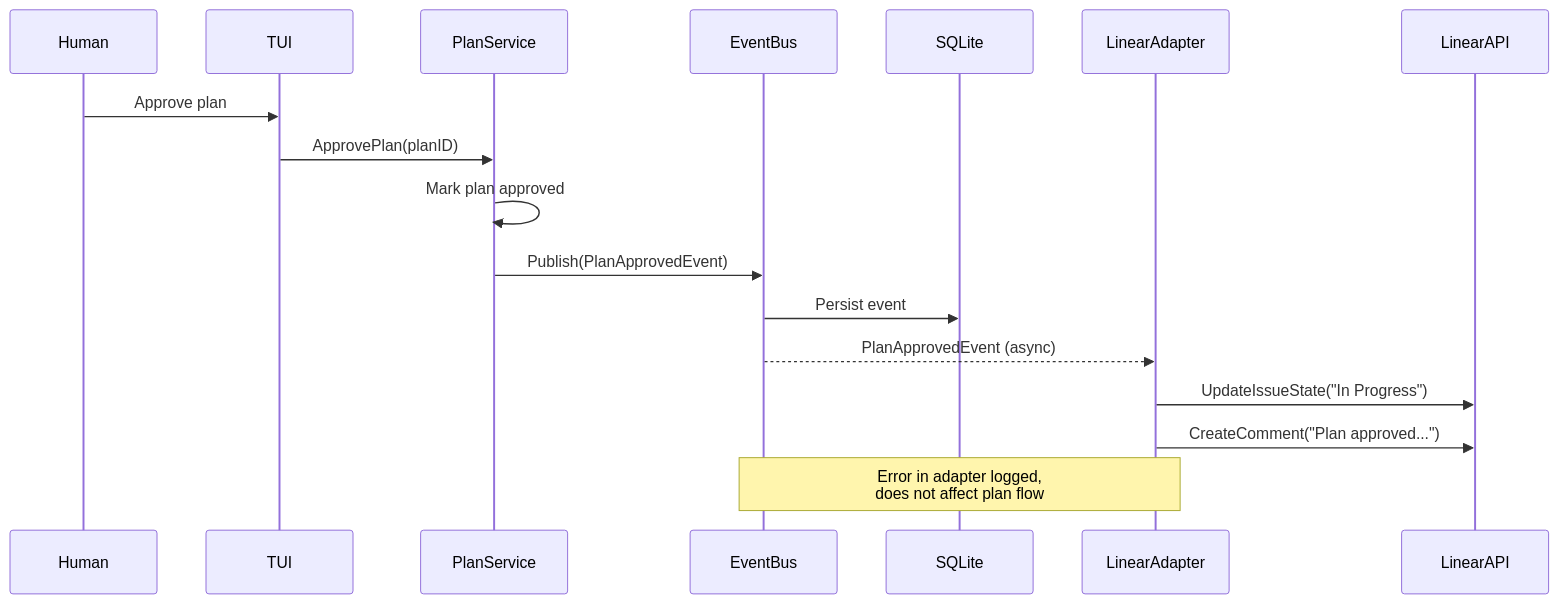
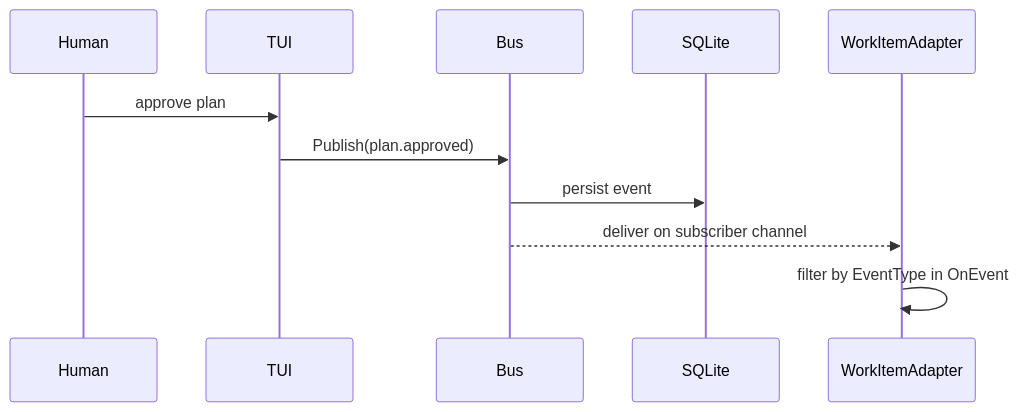
One commit to beeemT/substrate changed the first of 2 diagrams in docs/03-event-system.md. Above: the diagram before and after it, drawn with Mermaid. The commit also changed other lines of this file and 11 other files, not shown here.

````diff
--- a/docs/03-event-system.md
+++ b/docs/03-event-system.md
@@ -417,19 +424,14 @@
 ```mermaid
 sequenceDiagram
     participant Human
     participant TUI
-    participant PlanService
-    participant EventBus
+    participant Bus
     participant SQLite
-    participant LinearAdapter
-    participant LinearAPI
-    Human->>TUI: Approve plan
-    TUI->>PlanService: ApprovePlan(planID)
-    PlanService->>PlanService: Mark plan approved
-    PlanService->>EventBus: Publish(PlanApprovedEvent)
-    EventBus->>SQLite: Persist event
-    EventBus-->>LinearAdapter: PlanApprovedEvent (async)
-    LinearAdapter->>LinearAPI: UpdateIssueState("In Progress")
-    LinearAdapter->>LinearAPI: CreateComment("Plan approved...")
-    Note over EventBus,LinearAdapter: Error in adapter logged,<br/>does not affect plan flow
+    participant WorkItemAdapter
+
+    Human->>TUI: approve plan
+    TUI->>Bus: Publish(plan.approved)
+    Bus->>SQLite: persist event
+    Bus-->>WorkItemAdapter: deliver on subscriber channel
+    WorkItemAdapter->>WorkItemAdapter: filter by EventType in OnEvent
 ```
````
